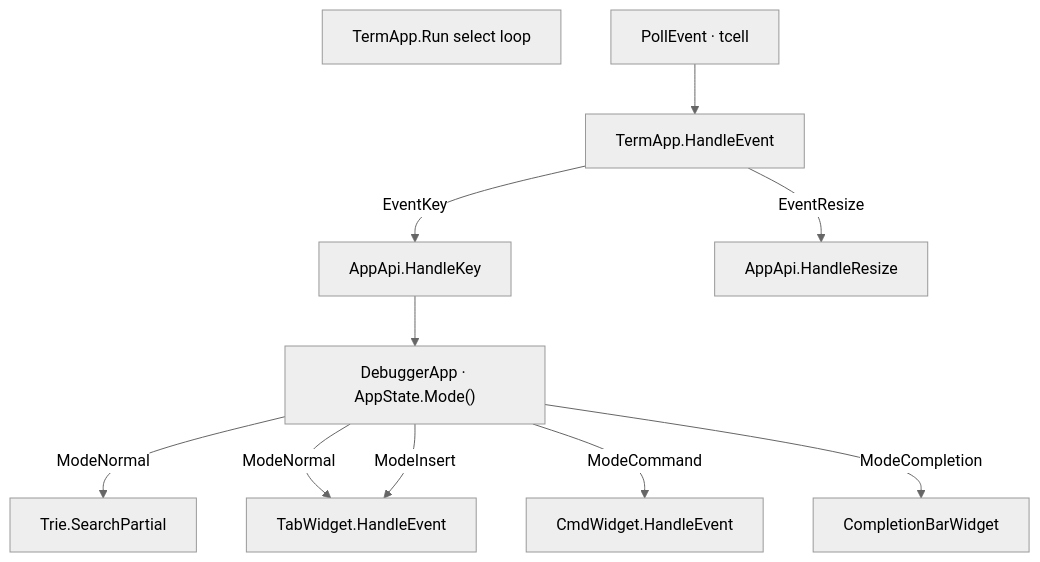
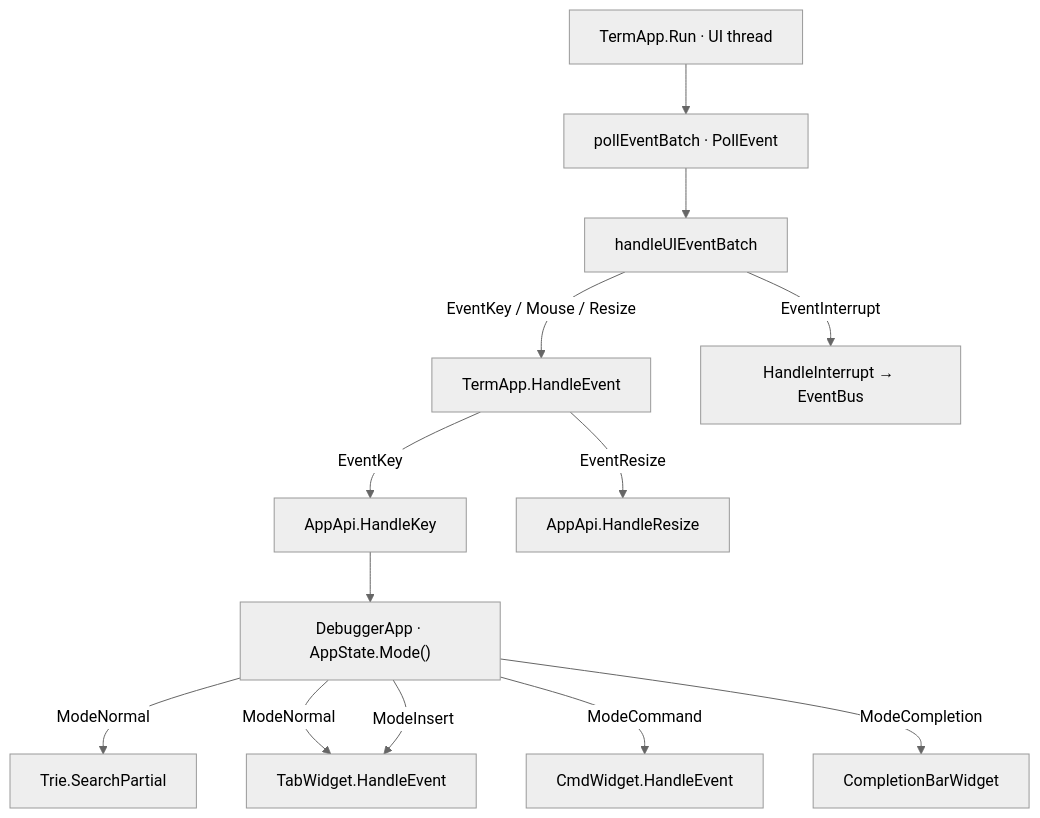
One commit to yairgd/gdbforge changed the second of 4 diagrams in docs/INPUT.md. Above: the diagram before and after it, drawn with Mermaid (neutral theme). The commit also changed other lines of this file and 243 other files, not shown here.

````diff
--- a/docs/INPUT.md
+++ b/docs/INPUT.md
@@ -99,22 +102,26 @@
 ```mermaid
 flowchart TB
-    Select["TermApp.Run select loop"]
-    Poll["PollEvent · tcell"]
+    Select["TermApp.Run · UI thread"]
+    Poll["pollEventBatch · PollEvent"]
+    Batch["handleUIEventBatch"]
     TermHandler["TermApp.HandleEvent"]
     HandleKey["AppApi.HandleKey"]
     HandleResize["AppApi.HandleResize"]
+    HandleInt["HandleInterrupt → EventBus"]
     Router["DebuggerApp · AppState.Mode()"]
     Trie["Trie.SearchPartial"]
     Tab["TabWidget.HandleEvent"]
     Cmd["CmdWidget.HandleEvent"]
     Comp["CompletionBarWidget"]
 
-    Poll --> TermHandler
+    Select --> Poll --> Batch
+    Batch -->|"EventKey / Mouse / Resize"| TermHandler
+    Batch -->|"EventInterrupt"| HandleInt
     TermHandler -->|"EventKey"| HandleKey --> Router
     TermHandler -->|"EventResize"| HandleResize
     Router -->|"ModeNormal"| Trie
     Router -->|"ModeNormal"| Tab
     Router -->|"ModeInsert"| Tab
     Router -->|"ModeCommand"| Cmd
     Router -->|"ModeCompletion"| Comp
 ```
````
